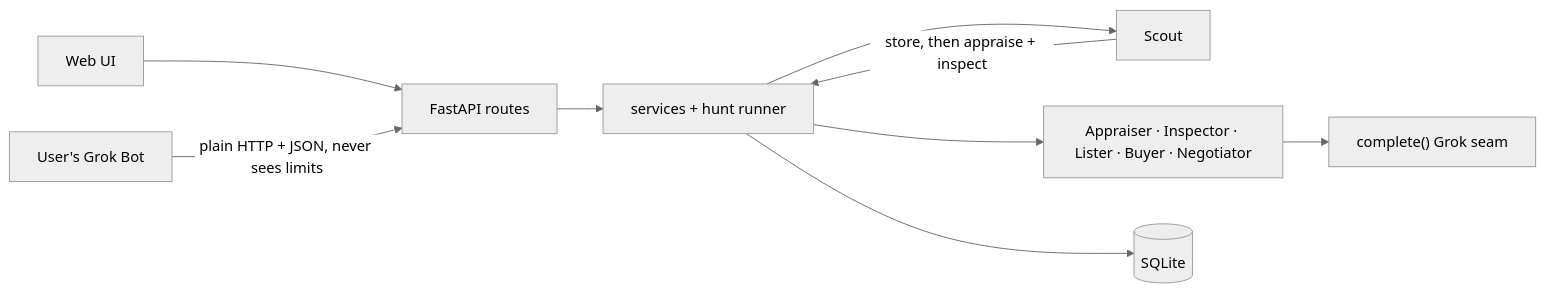
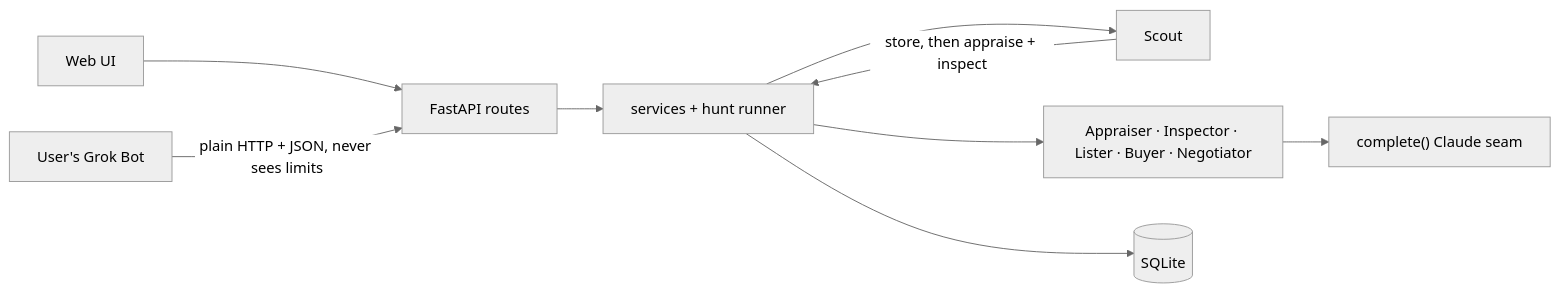
One commit to srivatsav-kannan/grokbot-hackathon changed the diagram in README.md. Above: the diagram before and after it, drawn with Mermaid (neutral theme). The commit also changed other lines of this file, not shown here.

````diff
--- a/README.md
+++ b/README.md
@@ -39,20 +39,20 @@
 ```mermaid
 flowchart LR
   Web["Web UI"]
   Bot["User's Grok Bot"]
   API["FastAPI routes"]
   Svc["services + hunt runner"]
   Scout["Scout"]
   Agents["Appraiser · Inspector · Lister · Buyer · Negotiator"]
-  LLM["complete() Grok seam"]
+  LLM["complete() Claude seam"]
   DB[(SQLite)]
 
   Web --> API
   Bot -->|"plain HTTP + JSON, never sees limits"| API
   API --> Svc
   Svc --> Scout
   Svc --> Agents
   Svc --> DB
   Scout -->|"store, then appraise + inspect"| Svc
   Agents --> LLM
 ```
````
